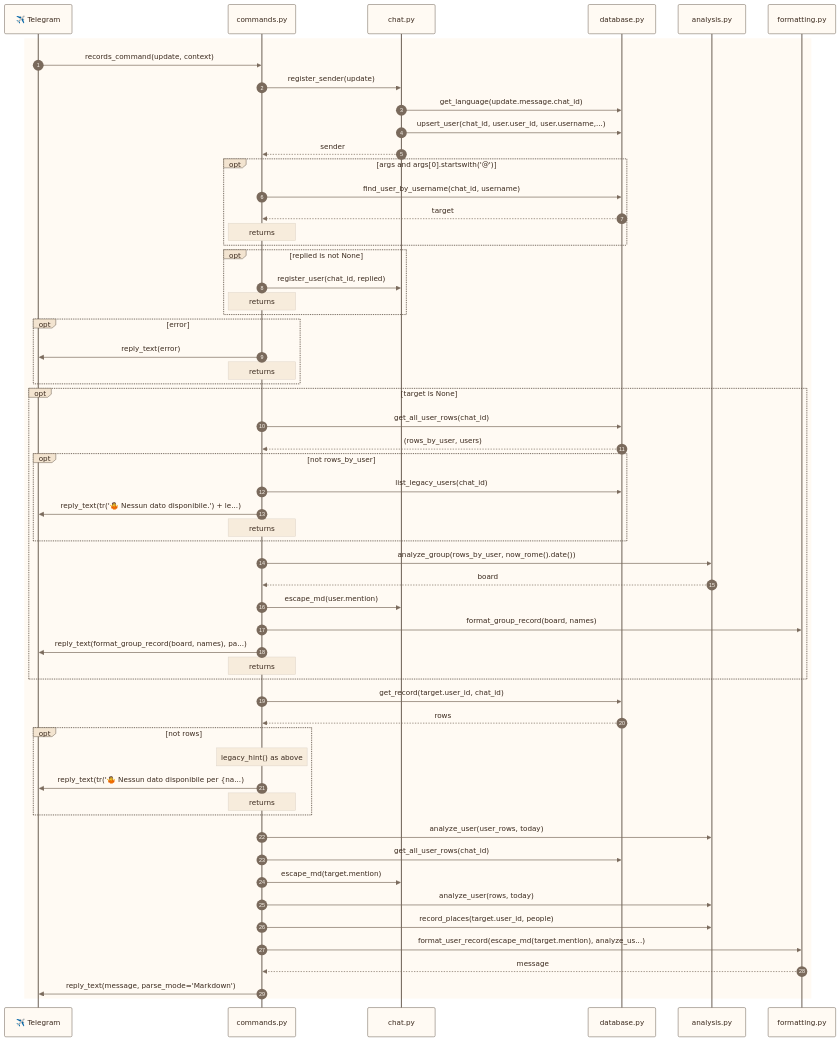
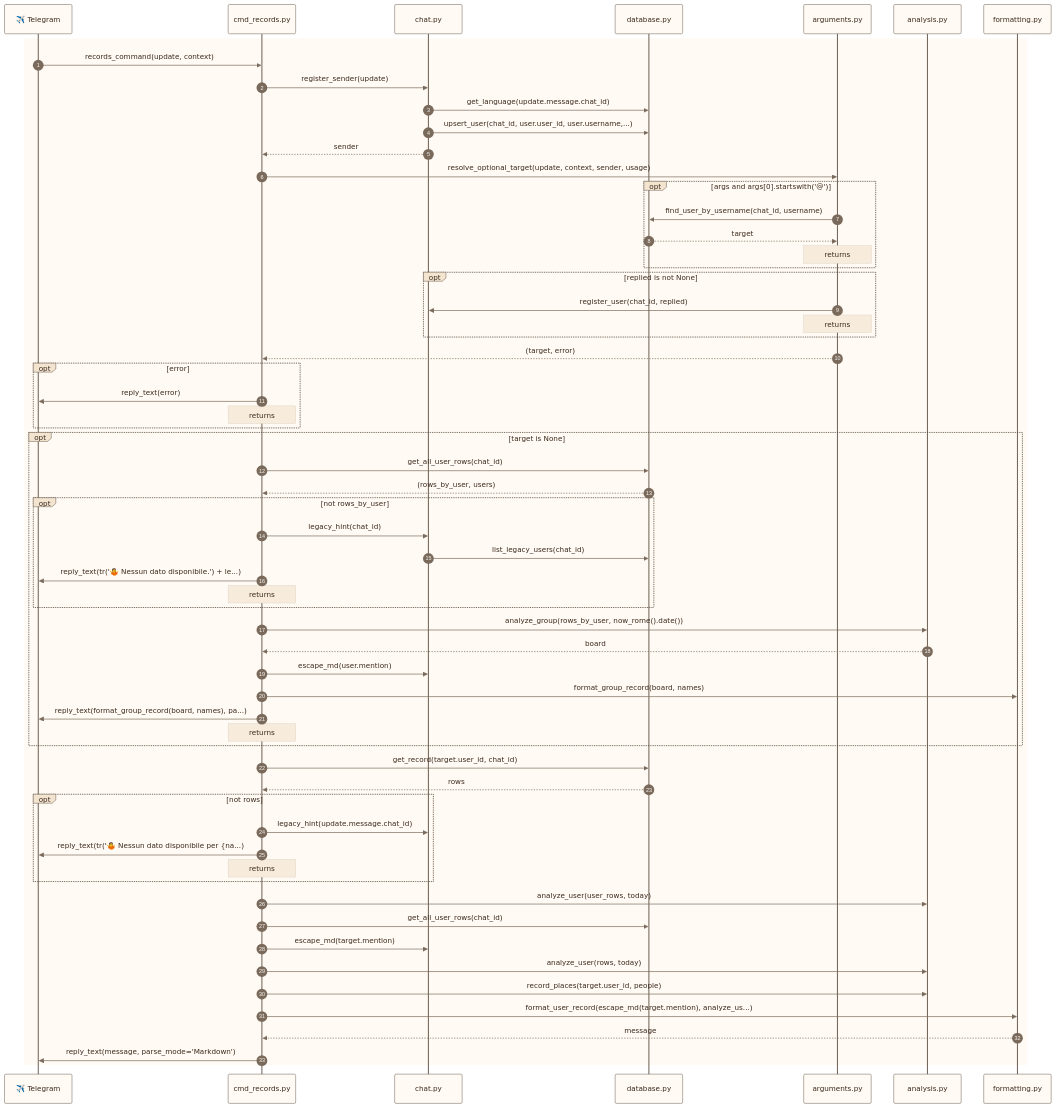
Diagram 12 of 42 in docs/use_cases.md (francescoperrino/Caccometro), drawn with Mermaid before and after one commit. The commit also changed other lines of this file and 30 other files, not shown here.

Commit message:
Split commands.py into one module per area (#187)

````diff
--- a/docs/use_cases.md
+++ b/docs/use_cases.md
@@ -1006,62 +1004,66 @@
 ---
 sequenceDiagram
     accTitle: Sequence diagram, /records (/record)
-    accDescr: The calls between the modules in time order, starting from commands.records_command
+    accDescr: The calls between the modules in time order, starting from cmd_records.records_command
     autonumber
     participant telegram as ✈️ Telegram
-    participant commands as commands.py
+    participant cmd_records as cmd_records.py
     participant chat as chat.py
     participant database as database.py
+    participant arguments as arguments.py
     participant analysis as analysis.py
     participant formatting as formatting.py
     rect rgb(255, 250, 243)
-        telegram->>commands: records_command(update, context)
-        commands->>chat: register_sender(update)
+        telegram->>cmd_records: records_command(update, context)
+        cmd_records->>chat: register_sender(update)
         chat->>database: get_language(update.message.chat_id)
         chat->>database: upsert_user(chat_id, user.user_id, user.username,...)
-        chat-->>commands: sender
+        chat-->>cmd_records: sender
+        cmd_records->>arguments: resolve_optional_target(update, context, sender, usage)
         opt args and args[0].startswith('@')
-            commands->>database: find_user_by_username(chat_id, username)
-            database-->>commands: target
-            Note over commands: returns
+            arguments->>database: find_user_by_username(chat_id, username)
+            database-->>arguments: target
+            Note over arguments: returns
         end
         opt replied is not None
-            commands->>chat: register_user(chat_id, replied)
-            Note over commands: returns
+            arguments->>chat: register_user(chat_id, replied)
+            Note over arguments: returns
         end
+        arguments-->>cmd_records: (target, error)
         opt error
-            commands->>telegram: reply_text(error)
-            Note over commands: returns
+            cmd_records->>telegram: reply_text(error)
+            Note over cmd_records: returns
         end
         opt target is None
-            commands->>database: get_all_user_rows(chat_id)
-            database-->>commands: (rows_by_user, users)
+            cmd_records->>database: get_all_user_rows(chat_id)
+            database-->>cmd_records: (rows_by_user, users)
             opt not rows_by_user
-                commands->>database: list_legacy_users(chat_id)
-                commands->>telegram: reply_text(tr('🤷 Nessun dato disponibile.') + le...)
-                Note over commands: returns
+                cmd_records->>chat: legacy_hint(chat_id)
+                chat->>database: list_legacy_users(chat_id)
+                cmd_records->>telegram: reply_text(tr('🤷 Nessun dato disponibile.') + le...)
+                Note over cmd_records: returns
             end
-            commands->>analysis: analyze_group(rows_by_user, now_rome().date())
-            analysis-->>commands: board
-            commands->>chat: escape_md(user.mention)
-            commands->>formatting: format_group_record(board, names)
-            commands->>telegram: reply_text(format_group_record(board, names), pa...)
-            Note over commands: returns
+            cmd_records->>analysis: analyze_group(rows_by_user, now_rome().date())
+            analysis-->>cmd_records: board
+            cmd_records->>chat: escape_md(user.mention)
+            cmd_records->>formatting: format_group_record(board, names)
+            cmd_records->>telegram: reply_text(format_group_record(board, names), pa...)
+            Note over cmd_records: returns
         end
-        commands->>database: get_record(target.user_id, chat_id)
-        database-->>commands: rows
+        cmd_records->>database: get_record(target.user_id, chat_id)
+        database-->>cmd_records: rows
         opt not rows
-            Note over commands: legacy_hint() as above
-            commands->>telegram: reply_text(tr('🤷 Nessun dato disponibile per {na...)
-            Note over commands: returns
+            cmd_records->>chat: legacy_hint(update.message.chat_id)
+            cmd_records->>telegram: reply_text(tr('🤷 Nessun dato disponibile per {na...)
+            Note over cmd_records: returns
         end
-        commands->>analysis: analyze_user(user_rows, today)
-        commands->>database: get_all_user_rows(chat_id)
-        commands->>chat: escape_md(target.mention)
-        commands->>analysis: analyze_user(rows, today)
-        commands->>analysis: record_places(target.user_id, people)
-        commands->>formatting: format_user_record(escape_md(target.mention), analyze_us...)
-        formatting-->>commands: message
-        commands->>telegram: reply_text(message, parse_mode='Markdown')
+        cmd_records->>analysis: analyze_user(user_rows, today)
+        cmd_records->>database: get_all_user_rows(chat_id)
+        cmd_records->>chat: escape_md(target.mention)
+        cmd_records->>analysis: analyze_user(rows, today)
+        cmd_records->>analysis: record_places(target.user_id, people)
+        cmd_records->>formatting: format_user_record(escape_md(target.mention), analyze_us...)
+        formatting-->>cmd_records: message
+        cmd_records->>telegram: reply_text(message, parse_mode='Markdown')
     end
 ```
````
